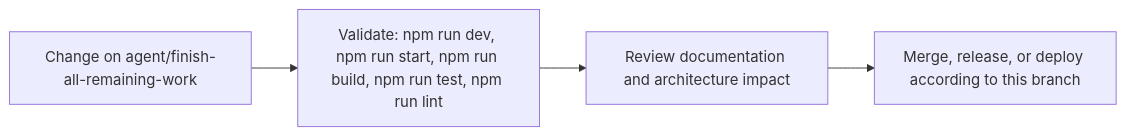
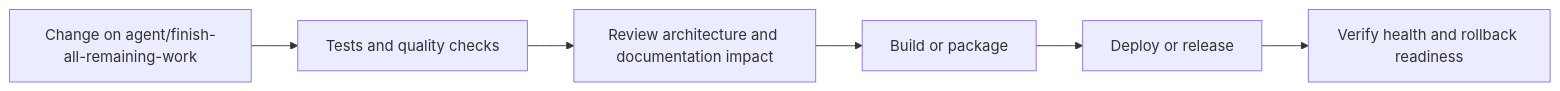
Before and after one commit to Nischhalsubba/BindForge-NW: the sixth of 7 diagrams in README.md, drawn with Mermaid. The commit also changed other lines of this file, not shown here.

````diff
--- a/README.md
+++ b/README.md
@@ -88,8 +198,8 @@
 ```mermaid
 flowchart LR
-    CHANGE["Change on agent/finish-all-remaining-work"]
-    CHECK["Validate: npm run dev, npm run start, npm run build, npm run test, npm run lint"]
-    REVIEW["Review documentation and architecture impact"]
-    RELEASE["Merge, release, or deploy according to this branch"]
-    CHANGE --> CHECK --> REVIEW --> RELEASE
+    CHANGE["Change on agent/finish-all-remaining-work"] --> CHECK["Tests and quality checks"]
+    CHECK --> REVIEW["Review architecture and documentation impact"]
+    REVIEW --> BUILD["Build or package"]
+    BUILD --> DEPLOY["Deploy or release"]
+    DEPLOY --> VERIFY["Verify health and rollback readiness"]
 ```
````
